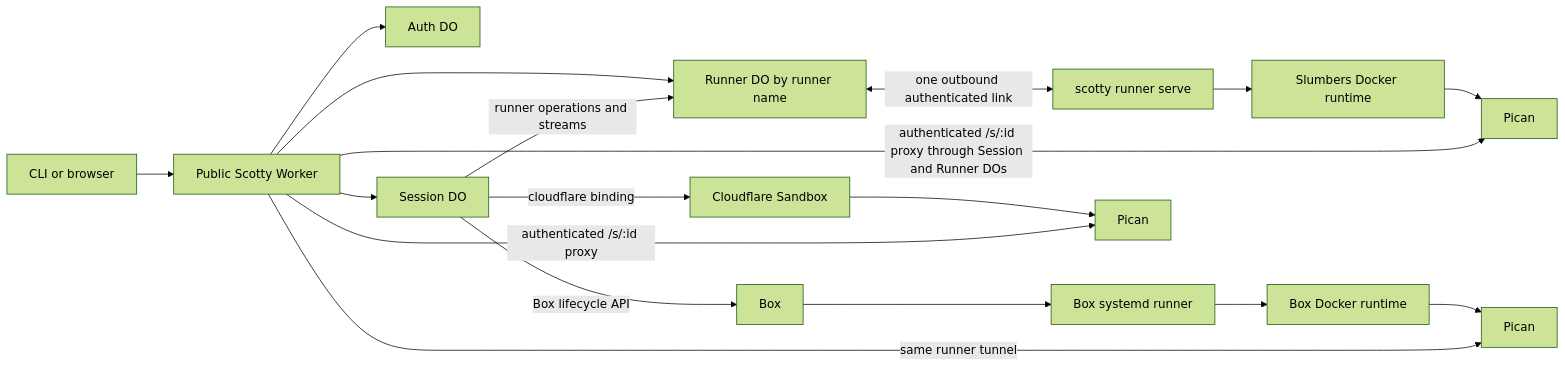
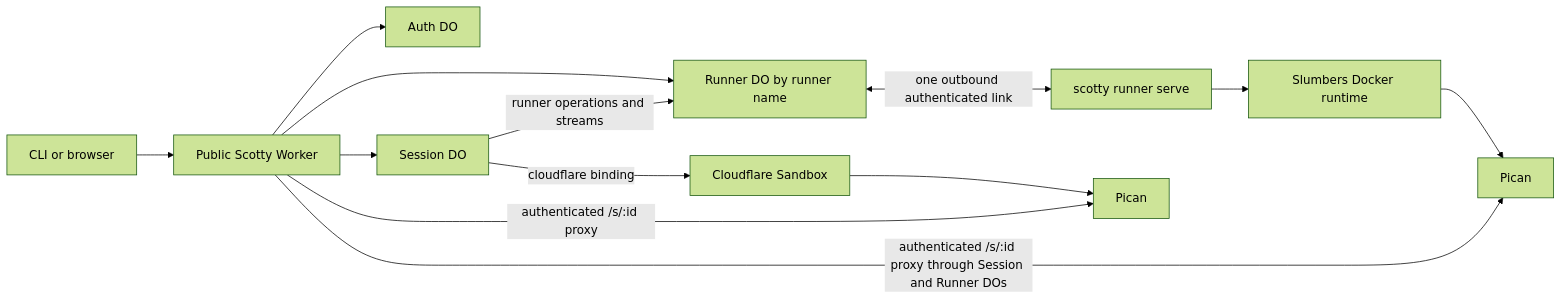
The first of 2 diagrams in PORTABLE_EXECUTION_PLAN.md (Yeshwanthyk/scotty), drawn with Mermaid (forest theme) before and after one commit. The commit also changed other lines of this file and 21 other files, not shown here.

````diff
--- a/PORTABLE_EXECUTION_PLAN.md
+++ b/PORTABLE_EXECUTION_PLAN.md
@@ -184,25 +179,18 @@
 ```mermaid
 flowchart LR
     U[CLI or browser] --> W[Public Scotty Worker]
     W --> A[Auth DO]
     W --> S[Session DO]
     W --> RD[Runner DO by runner name]
 
     S -->|cloudflare binding| CF[Cloudflare Sandbox]
     S -->|runner operations and streams| RD
-    S -->|Box lifecycle API| BX[Box]
-
     RD <-->|one outbound authenticated link| SR[scotty runner serve]
     SR --> SD[Slumbers Docker runtime]
 
-    BX --> BR[Box systemd runner]
-    BR --> BD[Box Docker runtime]
-
     CF --> PC[Pican]
     SD --> PS[Pican]
-    BD --> PB[Pican]
 
     W -->|authenticated /s/:id proxy| PC
     W -->|authenticated /s/:id proxy through Session and Runner DOs| PS
-    W -->|same runner tunnel| PB
 ```
````
